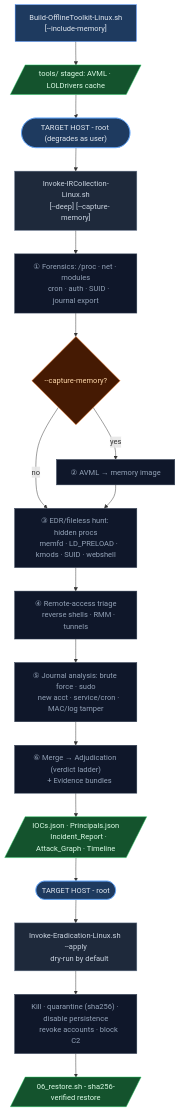
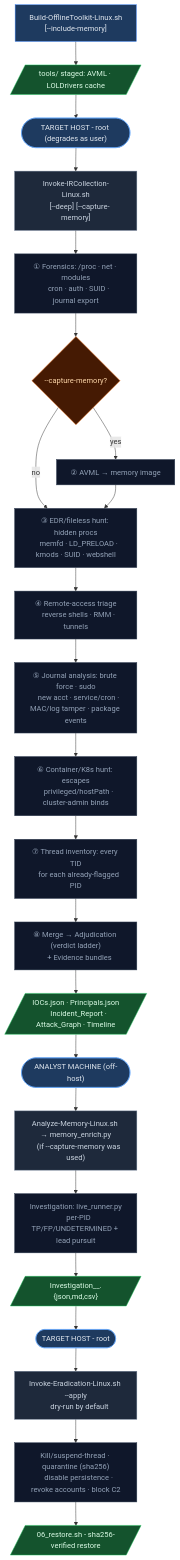
The diagram in WORKFLOW-LINUX.md (robert-iw3/ir_toolkit), drawn with Mermaid before and after one commit. The commit also changed other lines of this file and 53 other files, not shown here.

Commit message:
port linux investigation module

````diff
--- a/WORKFLOW-LINUX.md
+++ b/WORKFLOW-LINUX.md
@@ -11,39 +11,50 @@
 ```mermaid
 flowchart TD
     A1["Build-OfflineToolkit-Linux.sh
     [--include-memory]"]:::prep
     A1 --> A2[/"tools/ staged: AVML · LOLDrivers cache"/]:::artifact
 
     A2 --> B0(["TARGET HOST - root (degrades as user)"]):::phase
     B0 --> B1["Invoke-IRCollection-Linux.sh
     [--deep] [--capture-memory]"]:::tool
     B1 --> B2["① Forensics: /proc · net · modules
     cron · auth · SUID · journal export"]:::step
     B2 --> B3{"--capture-memory?"}:::decision
     B3 -->|yes| B4["② AVML → memory image"]:::step
     B3 -->|no| B5
     B4 --> B5["③ EDR/fileless hunt: hidden procs
     memfd · LD_PRELOAD · kmods · SUID · webshell"]:::step
     B5 --> B6["④ Remote-access triage
     reverse shells · RMM · tunnels"]:::step
     B6 --> B7["⑤ Journal analysis: brute force · sudo
-    new acct · service/cron · MAC/log tamper"]:::step
-    B7 --> B8["⑥ Merge → Adjudication (verdict ladder)
+    new acct · service/cron · MAC/log tamper · package events"]:::step
+    B7 --> B7b["⑥ Container/K8s hunt: escapes
+    privileged/hostPath · cluster-admin binds"]:::step
+    B7b --> B7c["⑦ Thread inventory: every TID
+    for each already-flagged PID"]:::step
+    B7c --> B8["⑧ Merge → Adjudication (verdict ladder)
     + Evidence bundles"]:::step
     B8 --> B9[/"IOCs.json · Principals.json
     Incident_Report · Attack_Graph · Timeline"/]:::artifact
 
-    B9 --> D0(["TARGET HOST - root"]):::phase
+    B9 --> C0(["ANALYST MACHINE (off-host)"]):::phase
+    C0 --> C1["Analyze-Memory-Linux.sh → memory_enrich.py
+    (if --capture-memory was used)"]:::tool
+    C1 --> C2["Investigation: live_runner.py
+    per-PID TP/FP/UNDETERMINED + lead pursuit"]:::step
+    C2 --> C3[/"Investigation_<host>_<stamp>.{json,md,csv}"/]:::artifact
+
+    C3 --> D0(["TARGET HOST - root"]):::phase
     D0 --> D1["Invoke-Eradication-Linux.sh --apply
     dry-run by default"]:::tool
-    D1 --> D2["Kill · quarantine (sha256) · disable persistence
-    revoke accounts · block C2"]:::step
+    D1 --> D2["Kill/suspend-thread · quarantine (sha256)
+    disable persistence · revoke accounts · block C2"]:::step
     D2 --> D3[/"06_restore.sh - sha256-verified restore"/]:::artifact
 
     classDef prep  fill:#1e3a5f,stroke:#3b82f6,color:#e2e8f0
     classDef phase fill:#1e3a5f,stroke:#60a5fa,color:#e2e8f0,rx:20
     classDef tool  fill:#1e293b,stroke:#64748b,color:#cbd5e1
     classDef step  fill:#0f172a,stroke:#334155,color:#94a3b8
     classDef artifact fill:#14532d,stroke:#22c55e,color:#dcfce7
     classDef decision fill:#451a03,stroke:#f97316,color:#fed7aa
 ```
````
